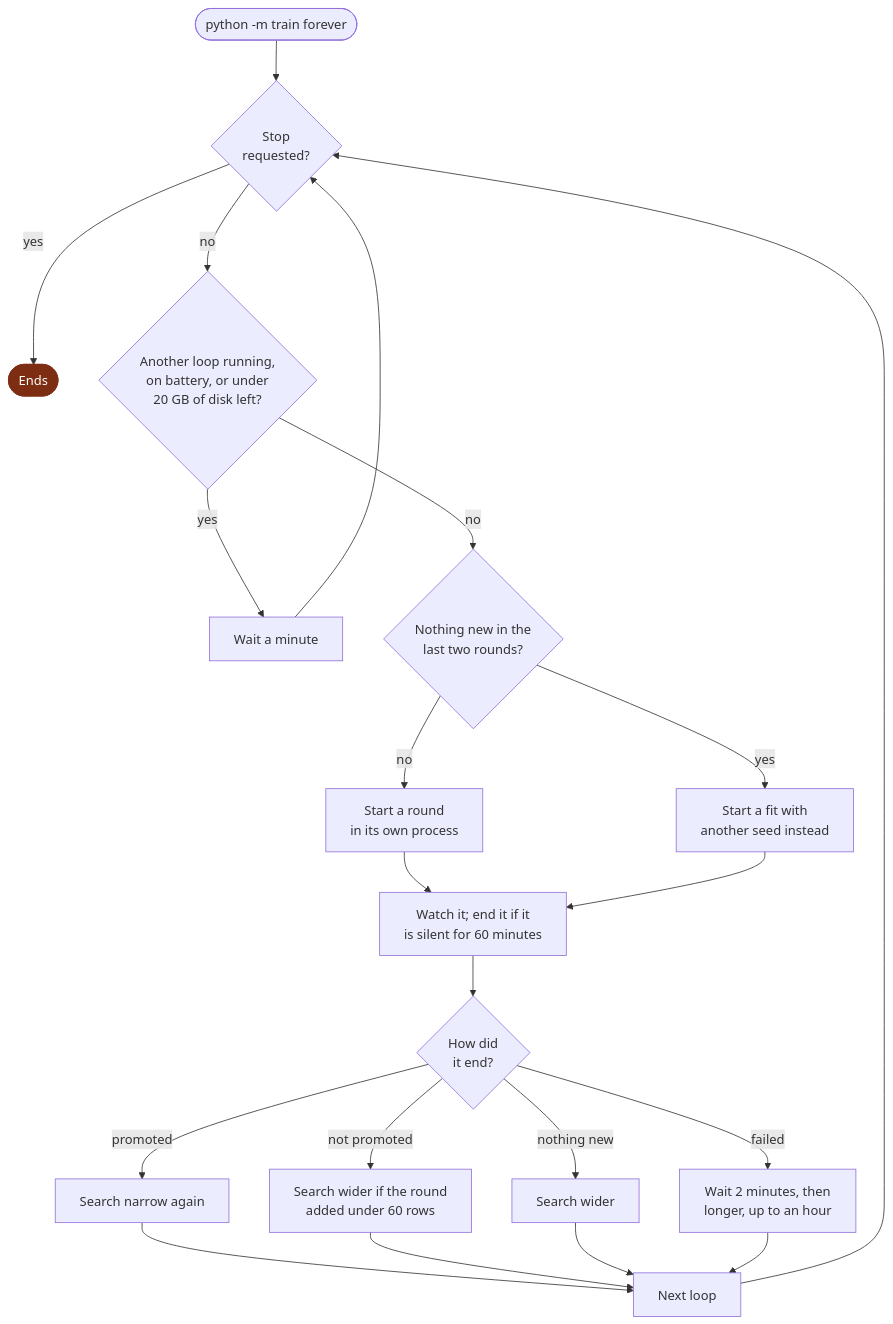
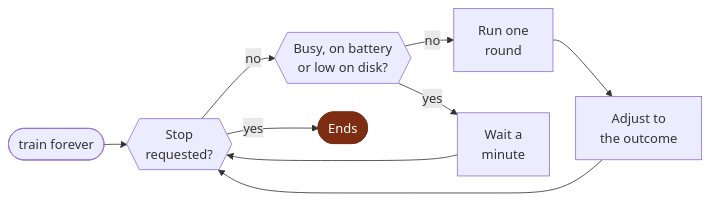
One commit to LCapy/embedding-rhizome-classifier changed the sixth of 6 diagrams in README.md. Above: the diagram before and after it, drawn with Mermaid. The commit also changed other lines of this file, not shown here.

Commit message:
docs: horizontal, compact training flowcharts in the README

````diff
--- a/README.md
+++ b/README.md
@@ -443,26 +438,15 @@
 ```mermaid
-flowchart TD
-    Start(["python -m train forever"]) --> Stop{"Stop<br/>requested?"}
+%%{init: {"flowchart": {"nodeSpacing": 22, "rankSpacing": 28}}}%%
+flowchart LR
+    Start(["train forever"]) --> Stop{{"Stop<br/>requested?"}}
+    Stop -->|"no"| Busy{{"Busy, on battery<br/>or low on disk?"}}
+    Busy -->|"no"| Run["Run one<br/>round"]
+    Run --> Adjust["Adjust to<br/>the outcome"]
+    Adjust --> Stop
+    Busy -->|"yes"| Wait["Wait a<br/>minute"]
+    Wait --> Stop
     Stop -->|"yes"| End(["Ends"])
-    Stop -->|"no"| Busy{"Another loop running,<br/>on battery, or under<br/>20 GB of disk left?"}
-    Busy -->|"yes"| Wait["Wait a minute"]
-    Wait --> Stop
-    Busy -->|"no"| Empty{"Nothing new in the<br/>last two rounds?"}
-    Empty -->|"no"| Round["Start a round<br/>in its own process"]
-    Empty -->|"yes"| Fit["Start a fit with<br/>another seed instead"]
-    Round --> Watch["Watch it; end it if it<br/>is silent for 60 minutes"]
-    Fit --> Watch
-    Watch --> Outcome{"How did<br/>it end?"}
-    Outcome -->|"promoted"| Narrow["Search narrow again"]
-    Outcome -->|"not promoted"| Few["Search wider if the round<br/>added under 60 rows"]
-    Outcome -->|"nothing new"| Wider["Search wider"]
-    Outcome -->|"failed"| Backoff["Wait 2 minutes, then<br/>longer, up to an hour"]
-    Narrow --> Next["Next loop"]
-    Few --> Next
-    Wider --> Next
-    Backoff --> Next
-    Next --> Stop
 
     classDef ended fill:#7c2d12,color:#fff,stroke:#7c2d12
     class End ended
 ```
````
